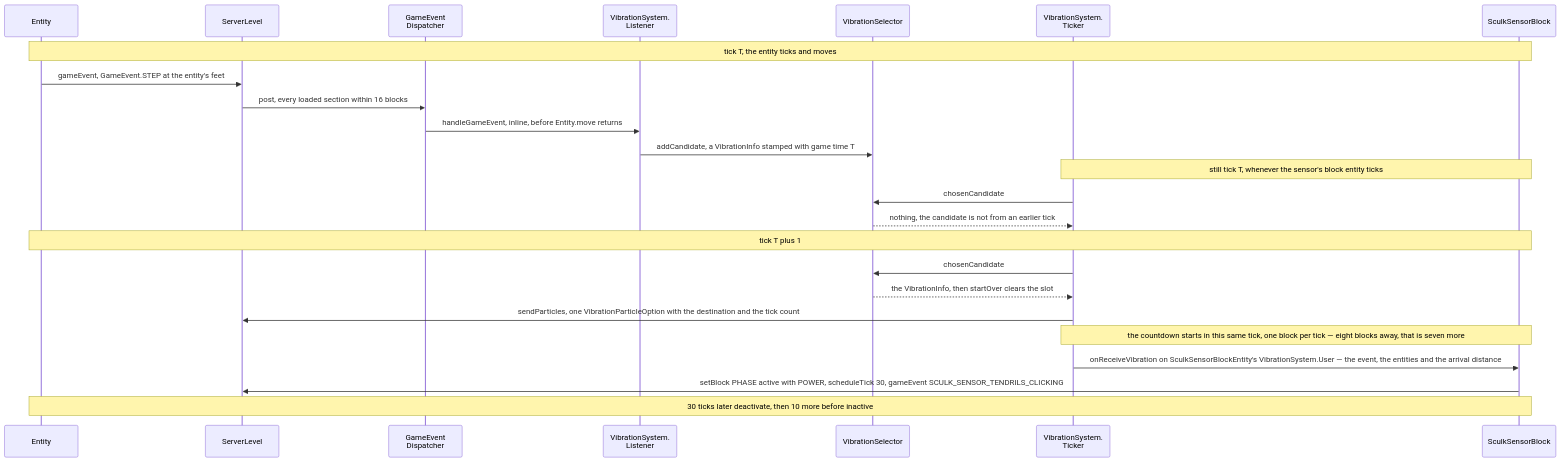
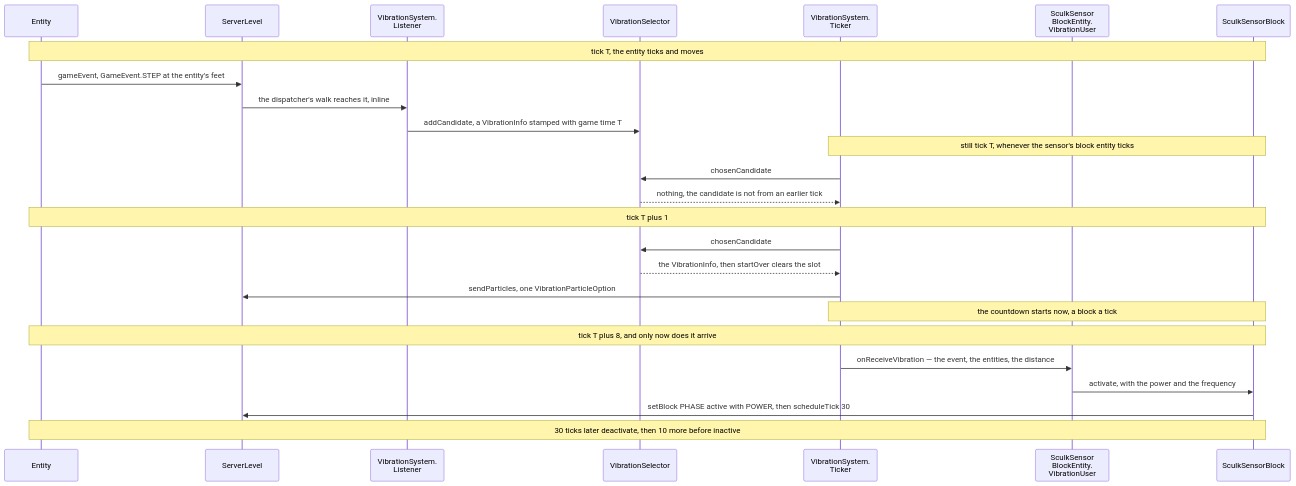
Before and after one commit to AlexanderjFraser/MinecraftDocs: the third of 3 diagrams in src/systems/world/game-events-and-vibrations.md, drawn with Mermaid. The commit also changed other lines of this file and 22 other files, not shown here.

````diff
--- a/src/systems/world/game-events-and-vibrations.md
+++ b/src/systems/world/game-events-and-vibrations.md
@@ -188,27 +217,28 @@
 ```mermaid
 sequenceDiagram
     participant Entity as Entity
     participant SL as ServerLevel
-    participant GED as GameEvent<br/>Dispatcher
     participant VSL as VibrationSystem.<br/>Listener
     participant VSel as VibrationSelector
     participant VST as VibrationSystem.<br/>Ticker
+    participant SSVU as SculkSensor<br/>BlockEntity.<br/>VibrationUser
     participant SSB as SculkSensorBlock
 
     Note over Entity,SSB: tick T, the entity ticks and moves
     Entity->>SL: gameEvent, GameEvent.STEP at the entity's feet
-    SL->>GED: post, every loaded section within 16 blocks
-    GED->>VSL: handleGameEvent, inline, before Entity.move returns
+    SL->>VSL: the dispatcher's walk reaches it, inline
     VSL->>VSel: addCandidate, a VibrationInfo stamped with game time T
     Note over VST,SSB: still tick T, whenever the sensor's block entity ticks
     VST->>VSel: chosenCandidate
     VSel-->>VST: nothing, the candidate is not from an earlier tick
     Note over Entity,SSB: tick T plus 1
     VST->>VSel: chosenCandidate
     VSel-->>VST: the VibrationInfo, then startOver clears the slot
-    VST->>SL: sendParticles, one VibrationParticleOption with the destination and the tick count
-    Note over VST,SSB: the countdown starts in this same tick, one block per tick — eight blocks away, that is seven more
-    VST->>SSB: onReceiveVibration on SculkSensorBlockEntity's VibrationSystem.User — the event, the entities and the arrival distance
-    SSB->>SL: setBlock PHASE active with POWER, scheduleTick 30, gameEvent SCULK_SENSOR_TENDRILS_CLICKING
+    VST->>SL: sendParticles, one VibrationParticleOption
+    Note over VST,SSB: the countdown starts now, a block a tick
+    Note over Entity,SSB: tick T plus 8, and only now does it arrive
+    VST->>SSVU: onReceiveVibration — the event, the entities, the distance
+    SSVU->>SSB: activate, with the power and the frequency
+    SSB->>SL: setBlock PHASE active with POWER, then scheduleTick 30
     Note over Entity,SSB: 30 ticks later deactivate, then 10 more before inactive
 ```
````
